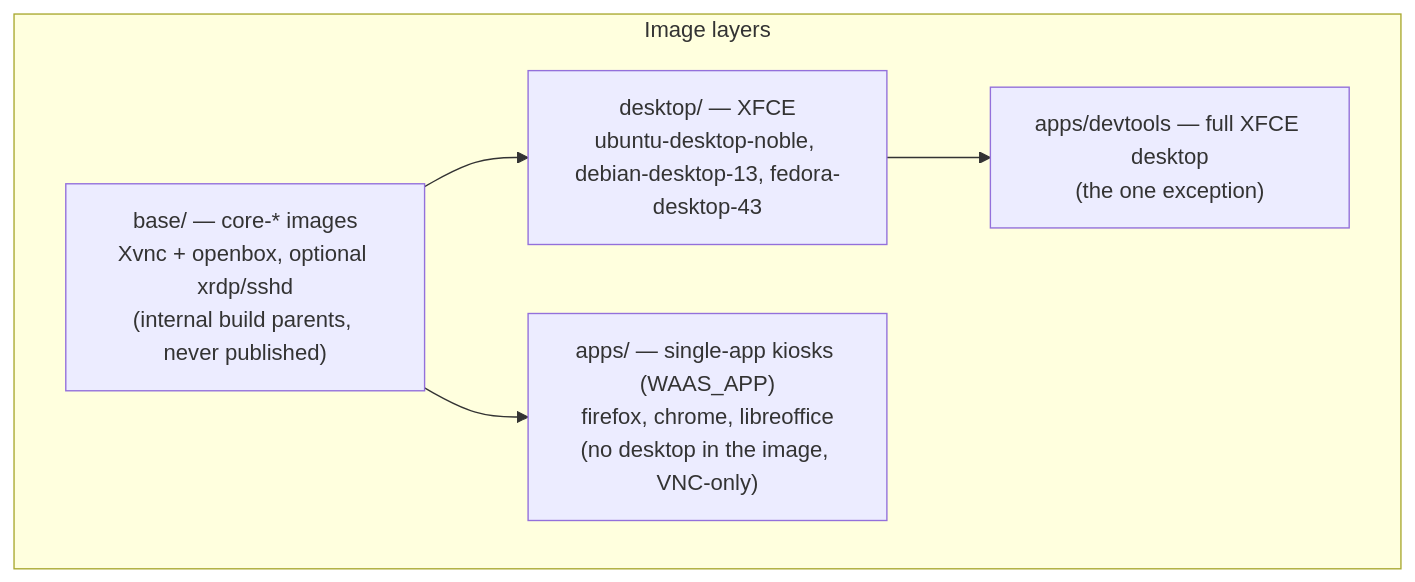
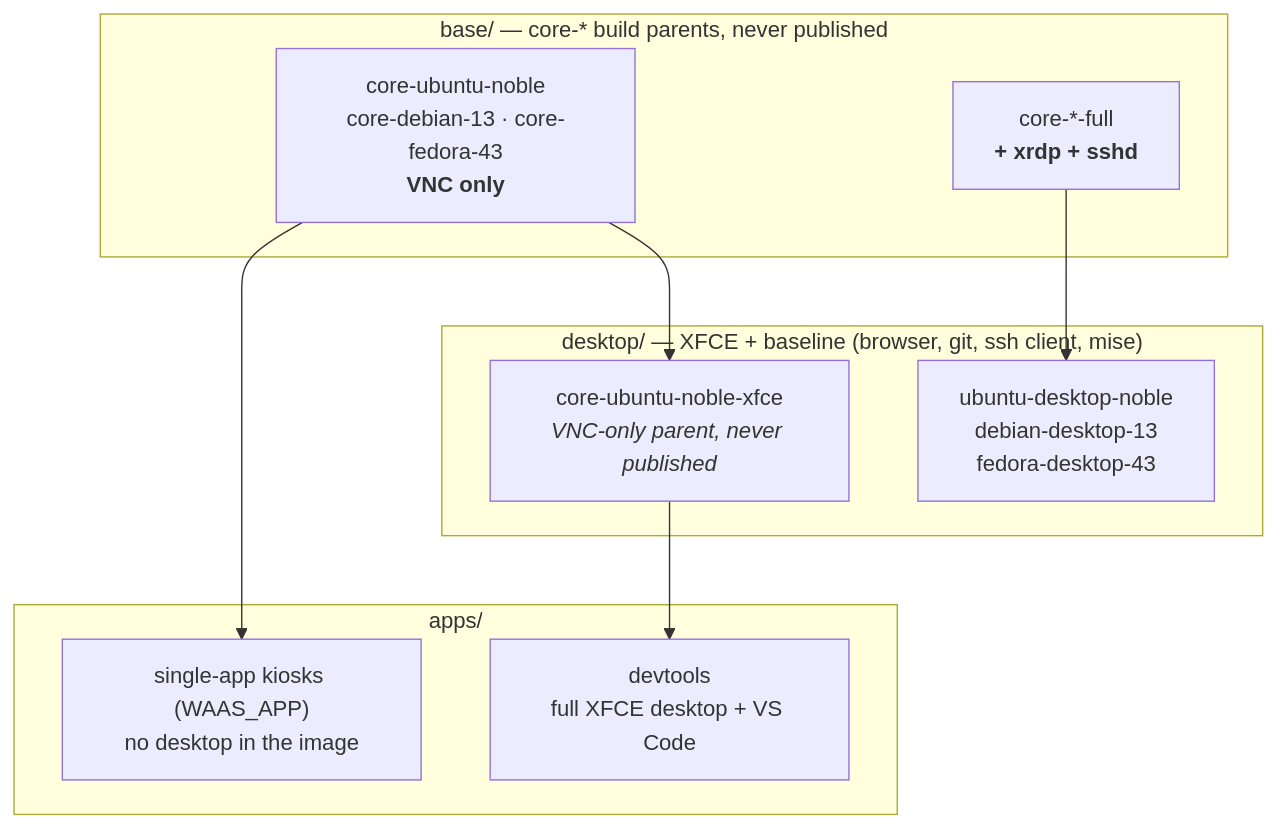
Before and after one commit to XoRHub/website: the first of 2 diagrams in docs/images/index.md, drawn with Mermaid. The commit also changed other lines of this file and 1 other file, not shown here.

First line of the commit message:
docs(images): build graph, build order, desktop baseline, mise

````diff
--- a/docs/images/index.md
+++ b/docs/images/index.md
@@ -27,12 +37,22 @@
 ```mermaid
 flowchart TB
-    subgraph layers [Image layers]
-        B["base/ — core-* images<br/>Xvnc + openbox, optional xrdp/sshd<br/>(internal build parents, never published)"]
-        D["desktop/ — XFCE<br/>ubuntu-desktop-noble, debian-desktop-13, fedora-desktop-43"]
-        A["apps/ — single-app kiosks (WAAS_APP)<br/>firefox, chrome, libreoffice<br/>(no desktop in the image, VNC-only)"]
-        DT["apps/devtools — full XFCE desktop<br/>(the one exception)"]
-        B --> D
-        B --> A
-        D --> DT
+    subgraph base ["base/ — core-* build parents, never published"]
+        CORE["core-ubuntu-noble<br/>core-debian-13 · core-fedora-43<br/><b>VNC only</b>"]
+        FULL["core-*-full<br/><b>+ xrdp + sshd</b>"]
     end
+
+    subgraph desktop ["desktop/ — XFCE + baseline (browser, git, ssh client, mise)"]
+        OSD["ubuntu-desktop-noble<br/>debian-desktop-13<br/>fedora-desktop-43"]
+        XP["core-ubuntu-noble-xfce<br/><i>VNC-only parent, never published</i>"]
+    end
+
+    subgraph apps ["apps/"]
+        KIOSK["single-app kiosks (WAAS_APP)<br/>no desktop in the image"]
+        DT["devtools<br/>full XFCE desktop + VS Code"]
+    end
+
+    FULL --> OSD
+    CORE --> XP
+    CORE --> KIOSK
+    XP --> DT
 ```
````
